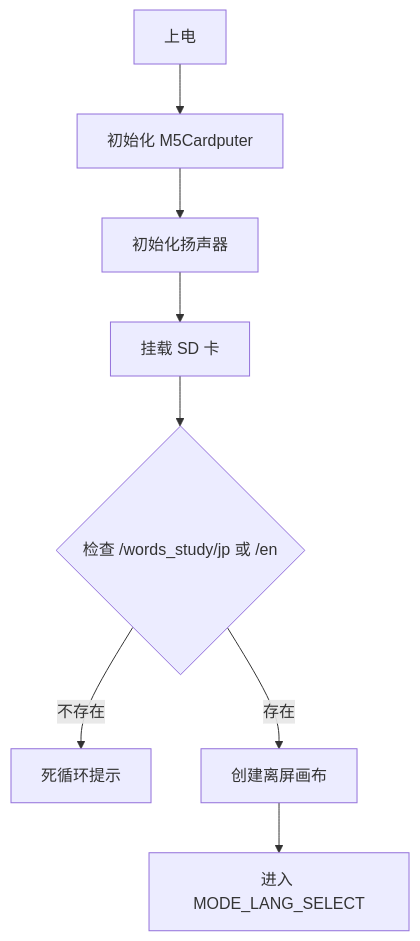
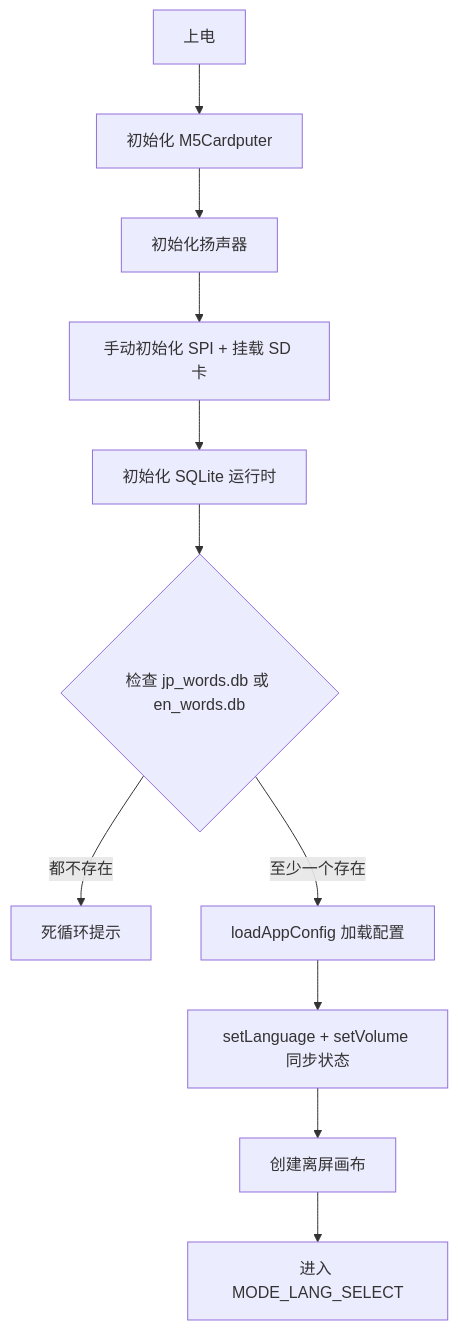
The first of 2 diagrams in docs/WordCardputer.md (Mr-xiaotian/WordCardputer), drawn with Mermaid before and after one commit. The commit also changed other lines of this file and 13 other files, not shown here.

````diff
--- a/docs/WordCardputer.md
+++ b/docs/WordCardputer.md
@@ -29,10 +35,13 @@
 ```mermaid
 flowchart TD
     A[上电] --> B[初始化 M5Cardputer]
     B --> C[初始化扬声器]
-    C --> D[挂载 SD 卡]
-    D --> E{检查 /words_study/jp 或 /en}
-    E -->|不存在| F[死循环提示]
-    E -->|存在| G[创建离屏画布]
-    G --> H[进入 MODE_LANG_SELECT]
+    C --> D[手动初始化 SPI + 挂载 SD 卡]
+    D --> E[初始化 SQLite 运行时]
+    E --> F{检查 jp_words.db 或 en_words.db}
+    F -->|都不存在| G[死循环提示]
+    F -->|至少一个存在| H[loadAppConfig 加载配置]
+    H --> I[setLanguage + setVolume 同步状态]
+    I --> J[创建离屏画布]
+    J --> K[进入 MODE_LANG_SELECT]
 ```
````
